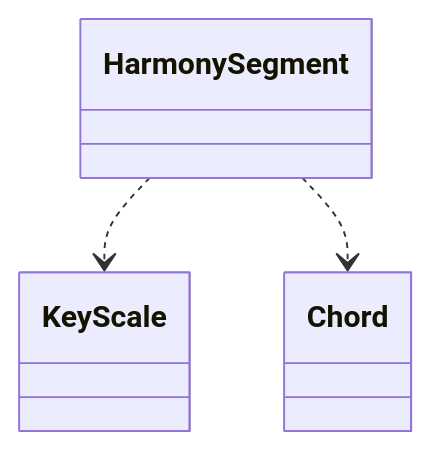
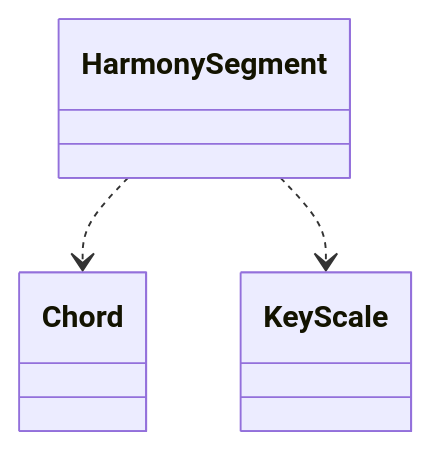
The seventh of 39 diagrams in test/test.md (schnock-art/project_inspector), drawn with Mermaid before and after one commit. The commit also changed other lines of this file and 3 other files, not shown here.

````diff
--- a/test/test.md
+++ b/test/test.md
@@ -239,5 +236,5 @@
 ```mermaid
 classDiagram
+HarmonySegment ..> Chord
 HarmonySegment ..> KeyScale
-HarmonySegment ..> Chord
 ```
````
